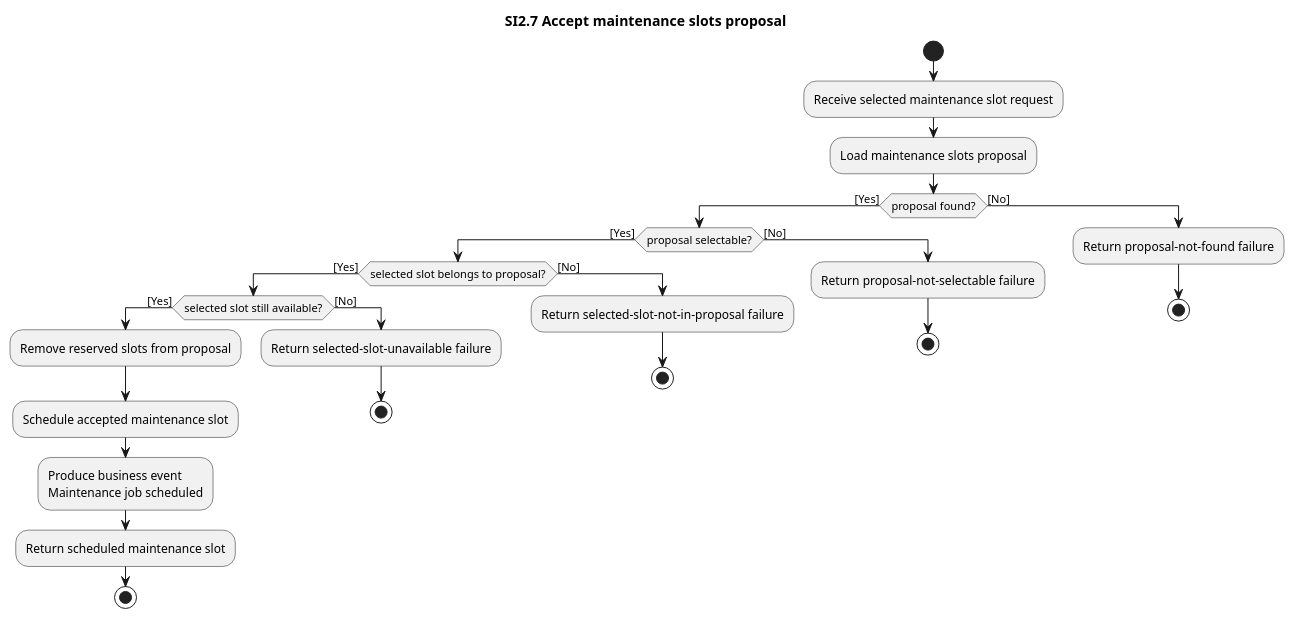
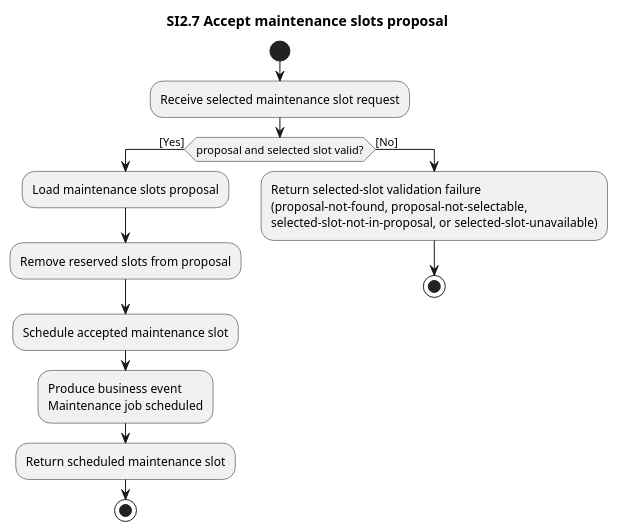
The diagram in docs/project/P2/business/system-interactions/diagrams/si2.7-accept-maintenance-slots-proposal.pu (ottolote/fixme), drawn with PlantUML before and after one commit. The commit also changed 25 other files, not shown here.

```diff
--- a/docs/project/P2/business/system-interactions/diagrams/si2.7-accept-maintenance-slots-proposal.pu
+++ b/docs/project/P2/business/system-interactions/diagrams/si2.7-accept-maintenance-slots-proposal.pu
@@ -1,35 +1,22 @@
 @startuml si2.7-accept-maintenance-slots-proposal
 title SI2.7 Accept maintenance slots proposal
 
 start
 :Receive selected maintenance slot request;
 
-:Load maintenance slots proposal;
-if (proposal found?) then ([Yes])
-  if (proposal selectable?) then ([Yes])
-    if (selected slot belongs to proposal?) then ([Yes])
-      if (selected slot still available?) then ([Yes])
-        :Remove reserved slots from proposal;
-        :Schedule accepted maintenance slot;
-        :Produce business event
+if (proposal and selected slot valid?) then ([Yes])
+  :Load maintenance slots proposal;
+  :Remove reserved slots from proposal;
+  :Schedule accepted maintenance slot;
+  :Produce business event
 Maintenance job scheduled; <<sendSignal>>
-        :Return scheduled maintenance slot;
-        stop
-      else ([No])
-        :Return selected-slot-unavailable failure;
-        stop
-      endif
-    else ([No])
-      :Return selected-slot-not-in-proposal failure;
-      stop
-    endif
-  else ([No])
-    :Return proposal-not-selectable failure;
-    stop
-  endif
+  :Return scheduled maintenance slot;
+  stop
 else ([No])
-  :Return proposal-not-found failure;
+  :Return selected-slot validation failure
+(proposal-not-found, proposal-not-selectable,
+selected-slot-not-in-proposal, or selected-slot-unavailable);
   stop
 endif
 
 @enduml
```
